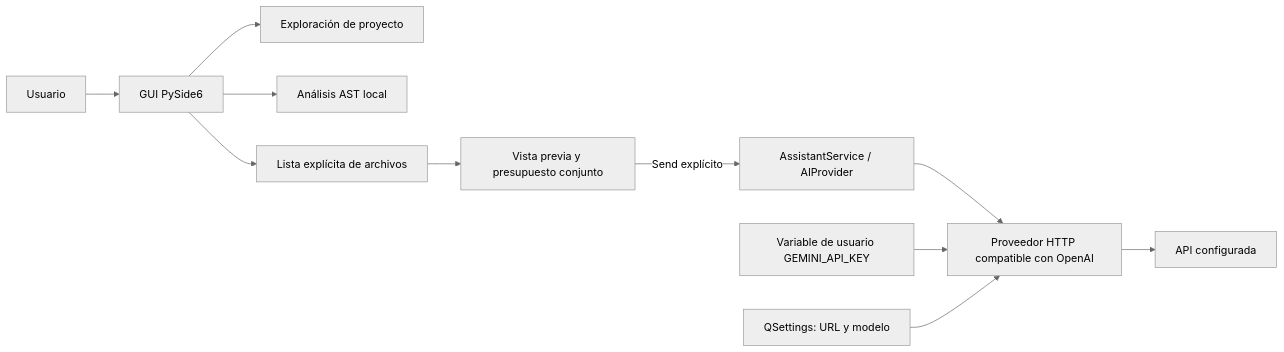
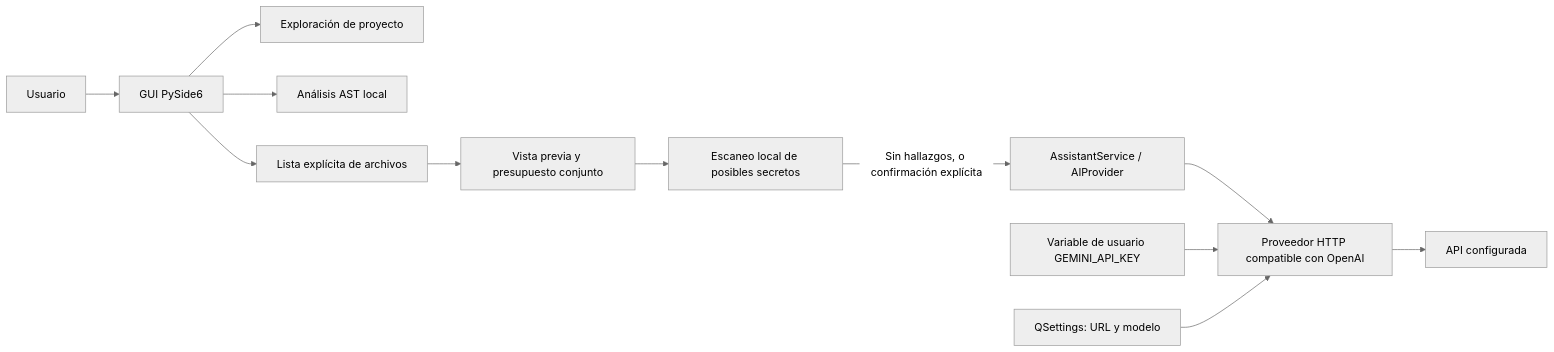
Before and after one commit to bruce89/localCP: the diagram in docs/architecture.md, drawn with Mermaid (neutral theme). The commit also changed other lines of this file and 10 other files, not shown here.

````diff
--- a/docs/architecture.md
+++ b/docs/architecture.md
@@ -20,13 +21,14 @@
 ```mermaid
 flowchart LR
     U[Usuario] --> G[GUI PySide6]
     G --> P[Exploración de proyecto]
     G --> A[Análisis AST local]
     G --> L[Lista explícita de archivos]
     L --> C[Vista previa y presupuesto conjunto]
-    C -->|Send explícito| S[AssistantService / AIProvider]
+    C --> D[Escaneo local de posibles secretos]
+    D -->|Sin hallazgos, o confirmación explícita| S[AssistantService / AIProvider]
     S --> H[Proveedor HTTP compatible con OpenAI]
     H --> E[API configurada]
     W[Variable de usuario GEMINI_API_KEY] --> H
     Q[QSettings: URL y modelo] --> H
 ```
````
